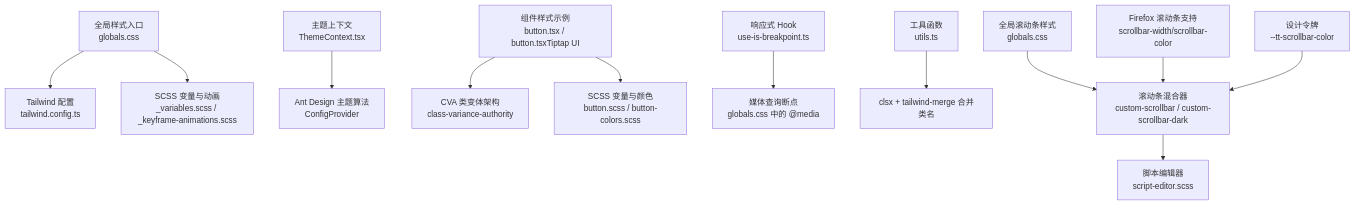
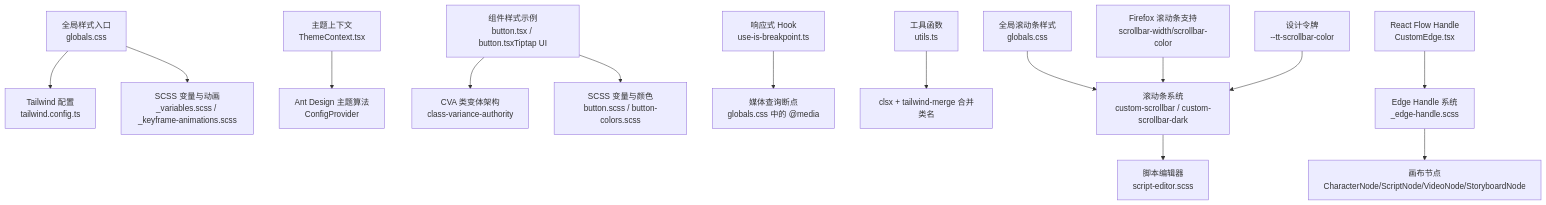
The first of 12 diagrams in .qoder/repowiki/zh/content/前端应用架构/UI组件库/主题与样式系统.md (KunLabAI/KunFlix), drawn with Mermaid before and after one commit. The commit also changed other lines of this file and 9 other files, not shown here.

````diff
--- a/.qoder/repowiki/zh/content/前端应用架构/UI组件库/主题与样式系统.md
+++ b/.qoder/repowiki/zh/content/前端应用架构/UI组件库/主题与样式系统.md
@@ -59,14 +64,16 @@
 ```mermaid
 graph TB
 A["全局样式入口<br/>globals.css"] --> B["Tailwind 配置<br/>tailwind.config.ts"]
 A --> C["SCSS 变量与动画<br/>_variables.scss / _keyframe-animations.scss"]
 D["主题上下文<br/>ThemeContext.tsx"] --> E["Ant Design 主题算法<br/>ConfigProvider"]
 F["组件样式示例<br/>button.tsx / button.tsxTiptap UI"] --> G["CVA 类变体架构<br/>class-variance-authority"]
 F --> H["SCSS 变量与颜色<br/>button.scss / button-colors.scss"]
 I["响应式 Hook<br/>use-is-breakpoint.ts"] --> J["媒体查询断点<br/>globals.css 中的 @media"]
 K["工具函数<br/>utils.ts"] --> L["clsx + tailwind-merge 合并类名"]
-M["滚动条混合器<br/>custom-scrollbar / custom-scrollbar-dark"] --> N["脚本编辑器<br/>script-editor.scss"]
+M["滚动条系统<br/>custom-scrollbar / custom-scrollbar-dark"] --> N["脚本编辑器<br/>script-editor.scss"]
 O["全局滚动条样式<br/>globals.css"] --> M
 P["Firefox 滚动条支持<br/>scrollbar-width/scrollbar-color"] --> M
 Q["设计令牌<br/>--tt-scrollbar-color"] --> M
+R["Edge Handle 系统<br/>_edge-handle.scss"] --> S["画布节点<br/>CharacterNode/ScriptNode/VideoNode/StoryboardNode"]
+T["React Flow Handle<br/>CustomEdge.tsx"] --> R
 ```
````
